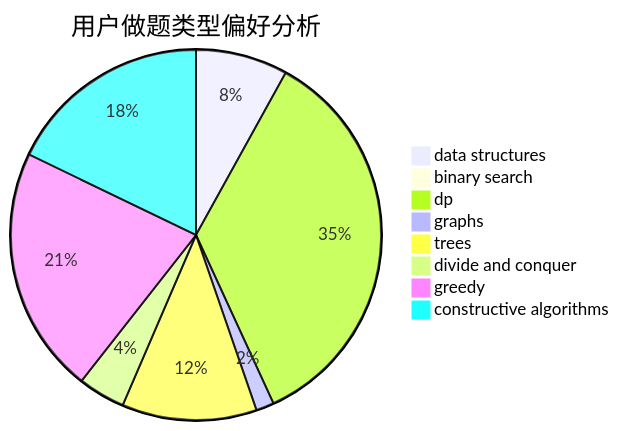
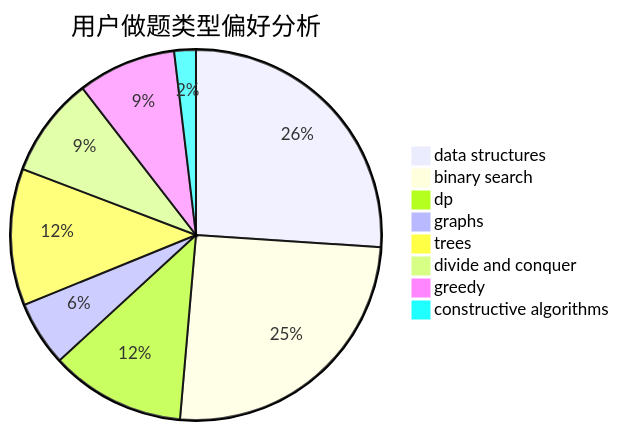
Before and after one commit to sherpahu/cfrs.github.io: the second of 3 diagrams in docs/user/u1838.md, drawn with Mermaid. The commit also changed other lines of this file and 2770 other files, not shown here.

````diff
--- a/docs/user/u1838.md
+++ b/docs/user/u1838.md
@@ -23,11 +23,11 @@
 ```mermaid
 pie title 用户做题类型偏好分析
-    "data structures" :  41
-    "binary search" :  3
-    "dp" :  179
-    "graphs" :  8
-    "trees" :  60
-    "divide and conquer" :  21
-    "greedy" :  110
-    "constructive algorithms" :  91
+    "data structures" :  179
+    "binary search" :  174
+    "dp" :  81
+    "graphs" :  39
+    "trees" :  82
+    "divide and conquer" :  60
+    "greedy" :  59
+    "constructive algorithms" :  13
 ```
````
